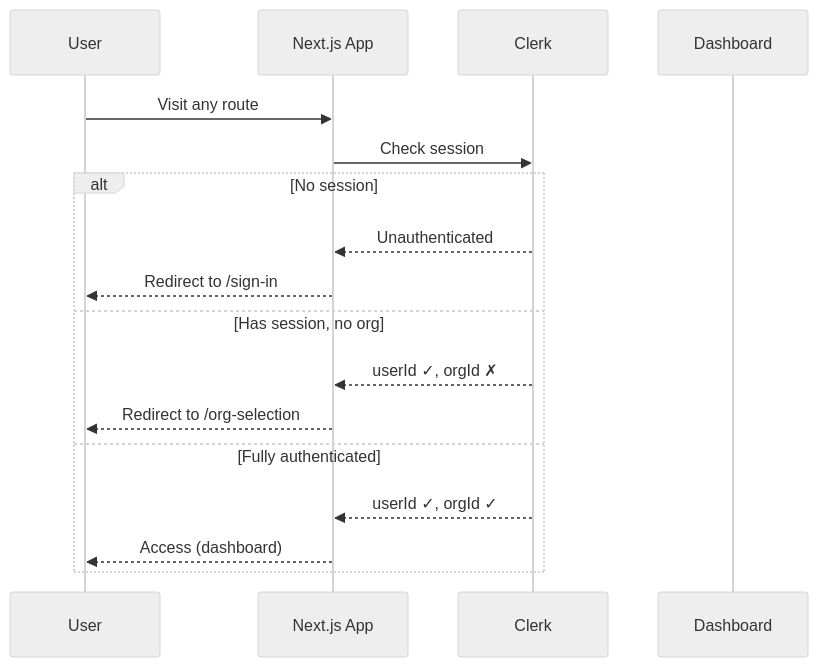
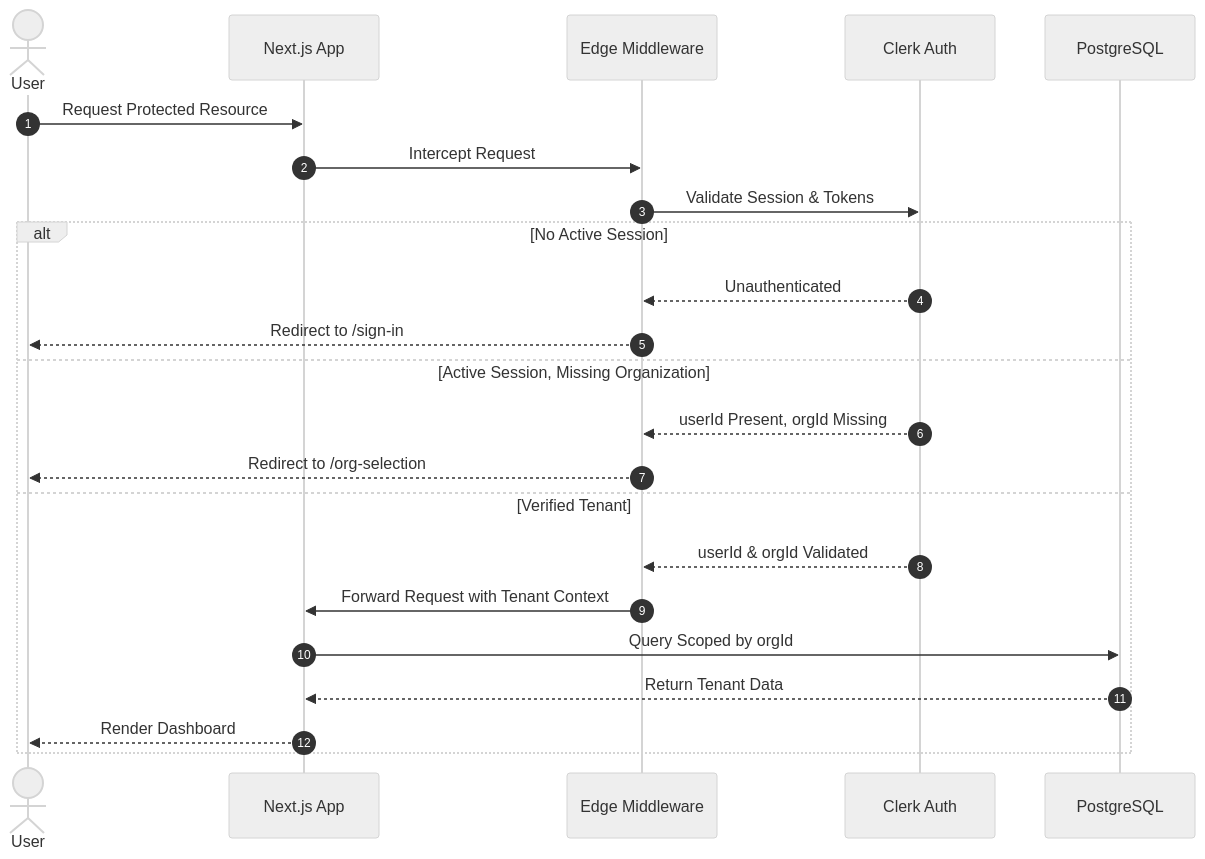
The second of 3 diagrams in README.md (Lostovayne/Complete-ElevenLabs-Clone), drawn with Mermaid (neutral theme) before and after one commit. The commit also changed other lines of this file, not shown here.

Commit message:
docs: update README with architecture, showcase, and setup guide

````diff
--- a/README.md
+++ b/README.md
@@ -40,20 +100,26 @@
 ```mermaid
 sequenceDiagram
-    participant User
+    autonumber
+    actor User
     participant App as Next.js App
-    participant Clerk
-    participant Dashboard
+    participant Proxy as Edge Middleware
+    participant Clerk as Clerk Auth
+    participant DB as PostgreSQL
 
-    User->>App: Visit any route
-    App->>Clerk: Check session
-    alt No session
-        Clerk-->>App: Unauthenticated
-        App-->>User: Redirect to /sign-in
-    else Has session, no org
-        Clerk-->>App: userId ✓, orgId ✗
-        App-->>User: Redirect to /org-selection
-    else Fully authenticated
-        Clerk-->>App: userId ✓, orgId ✓
-        App-->>User: Access (dashboard)
+    User->>App: Request Protected Resource
+    App->>Proxy: Intercept Request
+    Proxy->>Clerk: Validate Session & Tokens
+    alt No Active Session
+        Clerk-->>Proxy: Unauthenticated
+        Proxy-->>User: Redirect to /sign-in
+    else Active Session, Missing Organization
+        Clerk-->>Proxy: userId Present, orgId Missing
+        Proxy-->>User: Redirect to /org-selection
+    else Verified Tenant
+        Clerk-->>Proxy: userId & orgId Validated
+        Proxy->>App: Forward Request with Tenant Context
+        App->>DB: Query Scoped by orgId
+        DB-->>App: Return Tenant Data
+        App-->>User: Render Dashboard
     end
 ```
````
